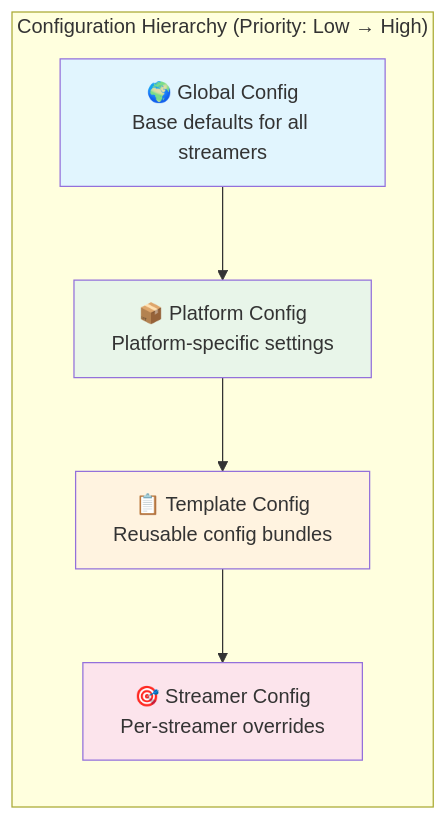
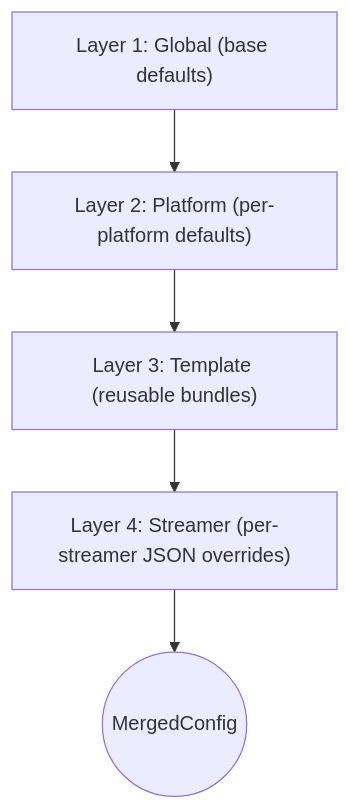
Before and after one commit to hua0512/rust-srec: the diagram in rust-srec/docs/en/concepts/configuration.md, drawn with Mermaid. The commit also changed other lines of this file and 28 other files, not shown here.

````diff
--- a/rust-srec/docs/en/concepts/configuration.md
+++ b/rust-srec/docs/en/concepts/configuration.md
@@ -7,19 +20,13 @@
 ```mermaid
 flowchart TB
-    subgraph Hierarchy["Configuration Hierarchy (Priority: Low → High)"]
-        direction TB
-        G[🌍 Global Config<br/>Base defaults for all streamers]
-        P[📦 Platform Config<br/>Platform-specific settings]
-        T[📋 Template Config<br/>Reusable config bundles]
-        S[🎯 Streamer Config<br/>Per-streamer overrides]
-    end
-    
-    G --> P
-    P --> T
-    T --> S
-    
-    style G fill:#e1f5fe
-    style P fill:#e8f5e9
-    style T fill:#fff3e0
-    style S fill:#fce4ec
+  G["Layer 1: Global (base defaults)"]
+  P["Layer 2: Platform (per-platform defaults)"]
+  T["Layer 3: Template (reusable bundles)"]
+  S["Layer 4: Streamer (per-streamer JSON overrides)"]
+  M(("MergedConfig"))
+
+  G --> P
+  P --> T
+  T --> S
+  S --> M
 ```
````
